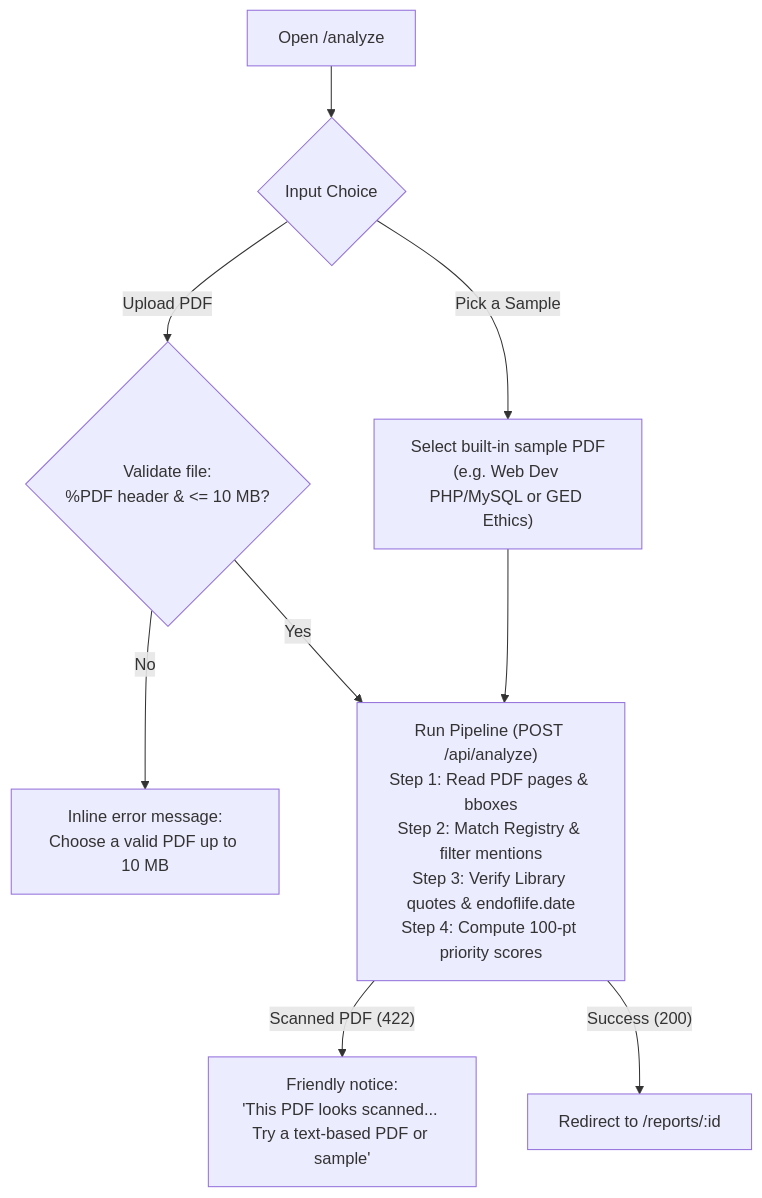
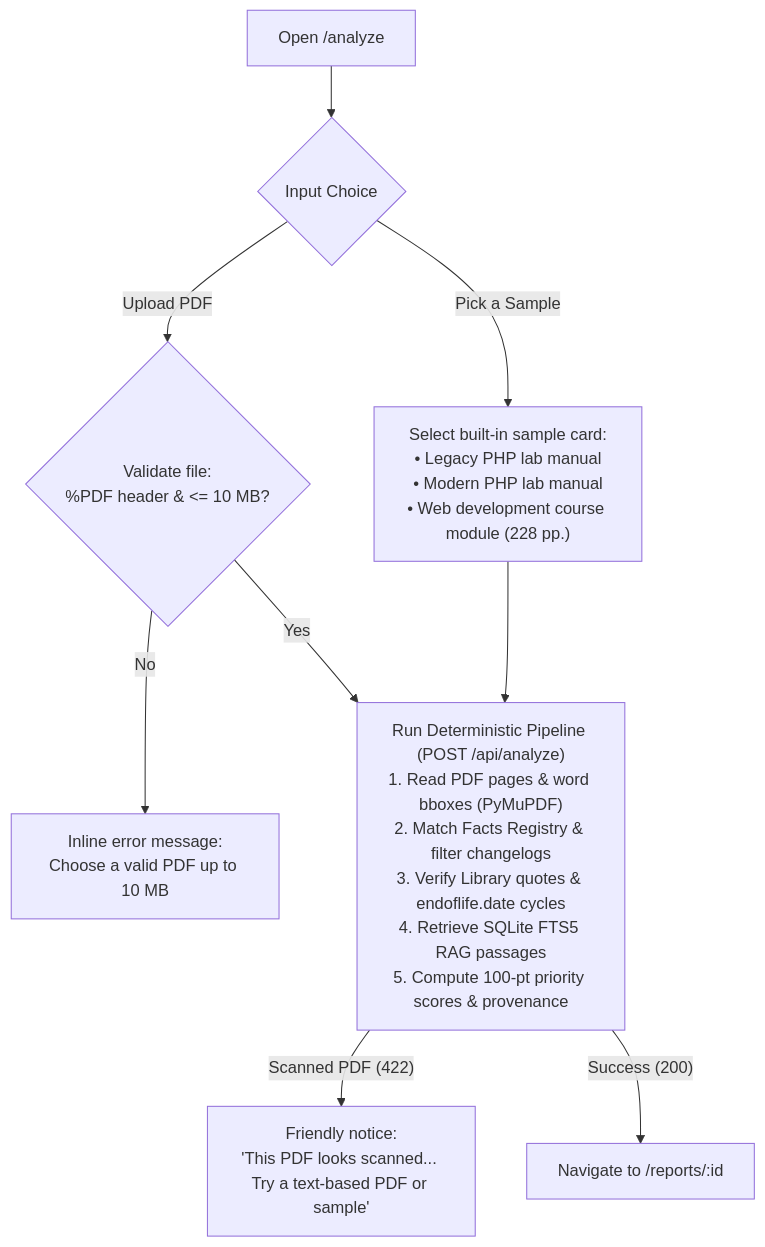
One commit to educ-jkescritor/GroundEd changed the third of 4 diagrams in docs/user-flow.md. Above: the diagram before and after it, drawn with Mermaid. The commit also changed other lines of this file and 7 other files, not shown here.

First line of the commit message:
docs: refresh README, architecture, API examples and user flows

````diff
--- a/docs/user-flow.md
+++ b/docs/user-flow.md
@@ -55,11 +79,11 @@
 ```mermaid
 flowchart TD
     A["Open /analyze"] --> C{"Input Choice"}
-    C -->|"Pick a Sample"| S["Select built-in sample PDF<br/>(e.g. Web Dev PHP/MySQL or GED Ethics)"]
+    C -->|"Pick a Sample"| S["Select built-in sample card:<br/>• Legacy PHP lab manual<br/>• Modern PHP lab manual<br/>• Web development course module (228 pp.)"]
     C -->|"Upload PDF"| V{"Validate file:<br/>%PDF header & <= 10 MB?"}
     V -- No --> E1["Inline error message:<br/>Choose a valid PDF up to 10 MB"]
-    V -- Yes --> P["Run Pipeline (POST /api/analyze)<br/>Step 1: Read PDF pages & bboxes<br/>Step 2: Match Registry & filter mentions<br/>Step 3: Verify Library quotes & endoflife.date<br/>Step 4: Compute 100-pt priority scores"]
+    V -- Yes --> P["Run Deterministic Pipeline (POST /api/analyze)<br/>1. Read PDF pages & word bboxes (PyMuPDF)<br/>2. Match Facts Registry & filter changelogs<br/>3. Verify Library quotes & endoflife.date cycles<br/>4. Retrieve SQLite FTS5 RAG passages<br/>5. Compute 100-pt priority scores & provenance"]
     S --> P
     P -->|"Scanned PDF (422)"| E2["Friendly notice:<br/>'This PDF looks scanned... Try a text-based PDF or sample'"]
-    P -->|"Success (200)"| R["Redirect to /reports/:id"]
+    P -->|"Success (200)"| R["Navigate to /reports/:id"]
 ```
````
